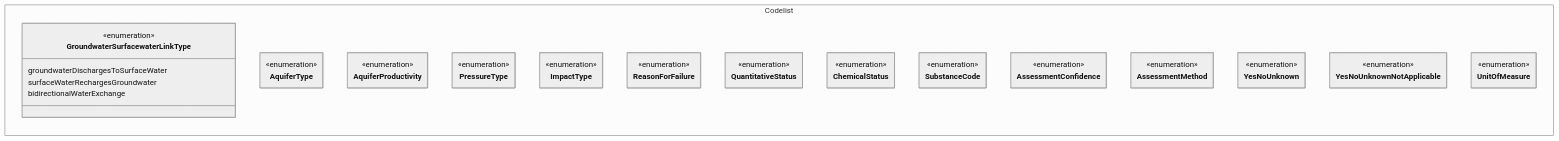
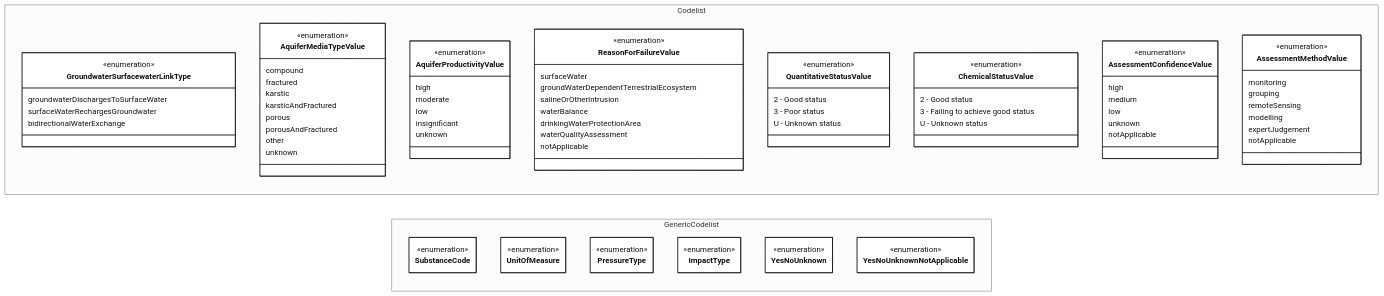
Before and after one commit to eeadata/WISE.WFD.Documentation: the diagram in docs/DataModelReview/mmd/Groundwater_Codelist_4thCycle_ClassDiagram.mmd, drawn with Mermaid. The commit also changed 11 other files, not shown here.

Commit message:
Update to the groundwater schema

```diff
--- a/docs/DataModelReview/mmd/Groundwater_Codelist_4thCycle_ClassDiagram.mmd
+++ b/docs/DataModelReview/mmd/Groundwater_Codelist_4thCycle_ClassDiagram.mmd
@@ -1,73 +1,116 @@
 ---
 config:
   class:
     hideEmptyMembersBox: true
   layout: dagre
   theme: neutral
 ---
 classDiagram
 direction LR
 namespace Codelist{
   
 class GroundwaterSurfacewaterLinkType{
 <<enumeration>>
 groundwaterDischargesToSurfaceWater
 surfaceWaterRechargesGroundwater
 bidirectionalWaterExchange
 }
 
-class AquiferType{
+class AquiferMediaTypeValue{
+<<enumeration>>
+compound
+fractured
+karstic
+karsticAndFractured
+porous
+porousAndFractured
+other
+unknown
+}
+
+class AquiferProductivityValue{
+<<enumeration>>
+high
+moderate
+low
+insignificant
+unknown
+}
+
+class ReasonForFailureValue{
+<<enumeration>>
+surfaceWater
+groundWaterDependentTerrestrialEcosystem
+salineOrOtherIntrusion
+waterBalance
+drinkingWaterProtectionArea
+waterQualityAssessment
+notApplicable
+}
+
+class QuantitativeStatusValue{
+<<enumeration>>
+2 - Good status
+3 - Poor status
+U - Unknown status
+}
+
+class ChemicalStatusValue{
+<<enumeration>>
+2 - Good status
+3 - Failing to achieve good status
+U - Unknown status
+}
+
+class AssessmentConfidenceValue{
+<<enumeration>>
+high
+medium
+low
+unknown
+notApplicable
+}
+
+class AssessmentMethodValue{
+<<enumeration>>
+monitoring
+grouping
+remoteSensing
+modelling
+expertJudgement
+notApplicable
+}
+
+}
+namespace GenericCodelist{
+class SubstanceCode{
 <<enumeration>>
 }
 
-class AquiferProductivity{
+class UnitOfMeasure{
 <<enumeration>>
 }
-
 
 class PressureType{
 <<enumeration>>
 }
 
-
 class ImpactType{
-<<enumeration>>
-}
-
-class ReasonForFailure{
-<<enumeration>>
-}
-
-class QuantitativeStatus{
-<<enumeration>>
-}
-
-class ChemicalStatus{
-<<enumeration>>
-}
-
-class SubstanceCode{
-<<enumeration>>
-}
-
-class AssessmentConfidence{
-<<enumeration>>
-}
-
-class AssessmentMethod{
 <<enumeration>>
 }
 
 class YesNoUnknown{
 <<enumeration>>
 }
 
 class YesNoUnknownNotApplicable{
 <<enumeration>>
 }
 
-class UnitOfMeasure{
-<<enumeration>>
 }
 
-}
+classDef default fill:white,stroke:#000;
+classDef forFixing fill:white,stroke:#f00;
+
+click PressureType href "WFDPressure.html" "See the documentation on Pressure types."
+click AquiferMediaTypeValue href "https://inspire.ec.europa.eu/codelist/AquiferMediaTypeValue" "See the INSPIRE registry."
```
